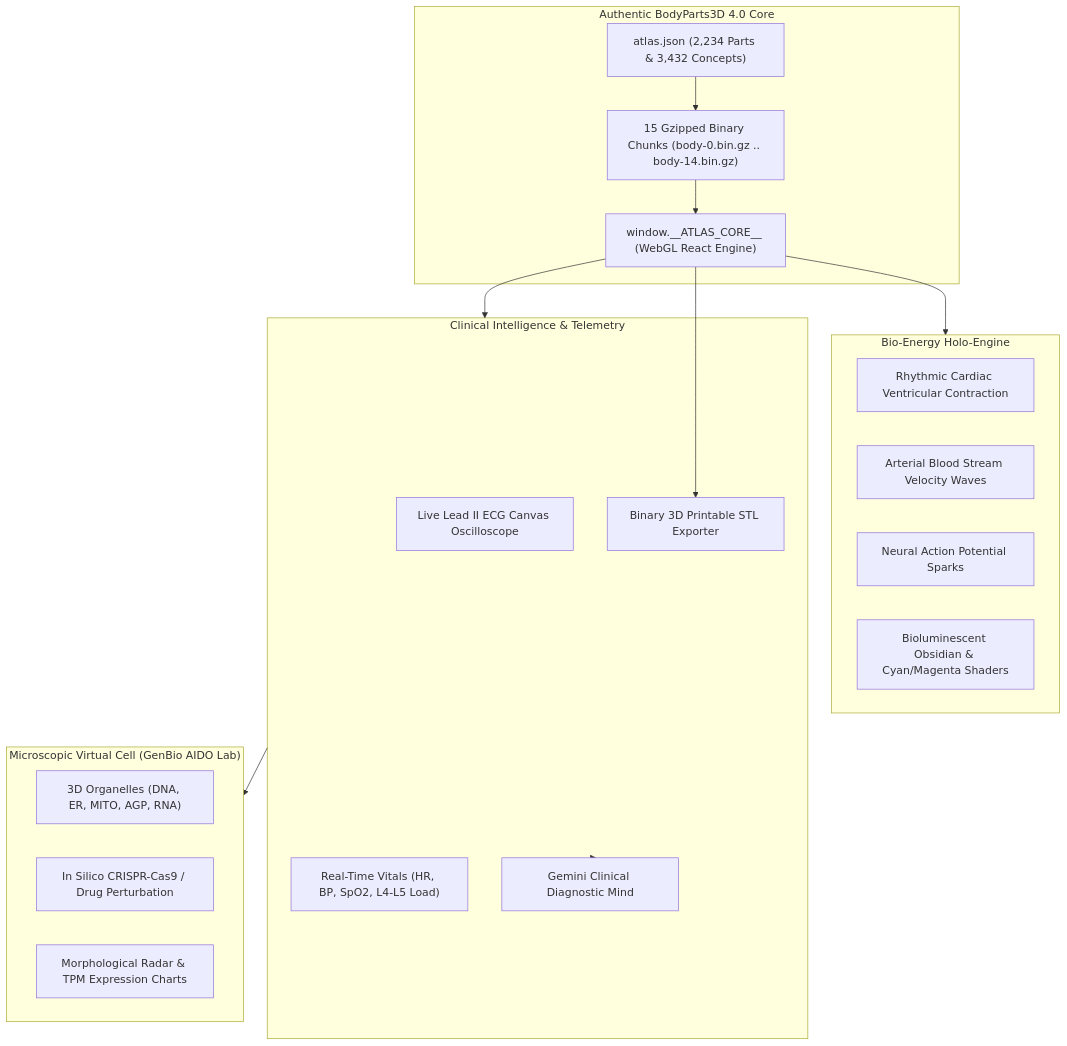
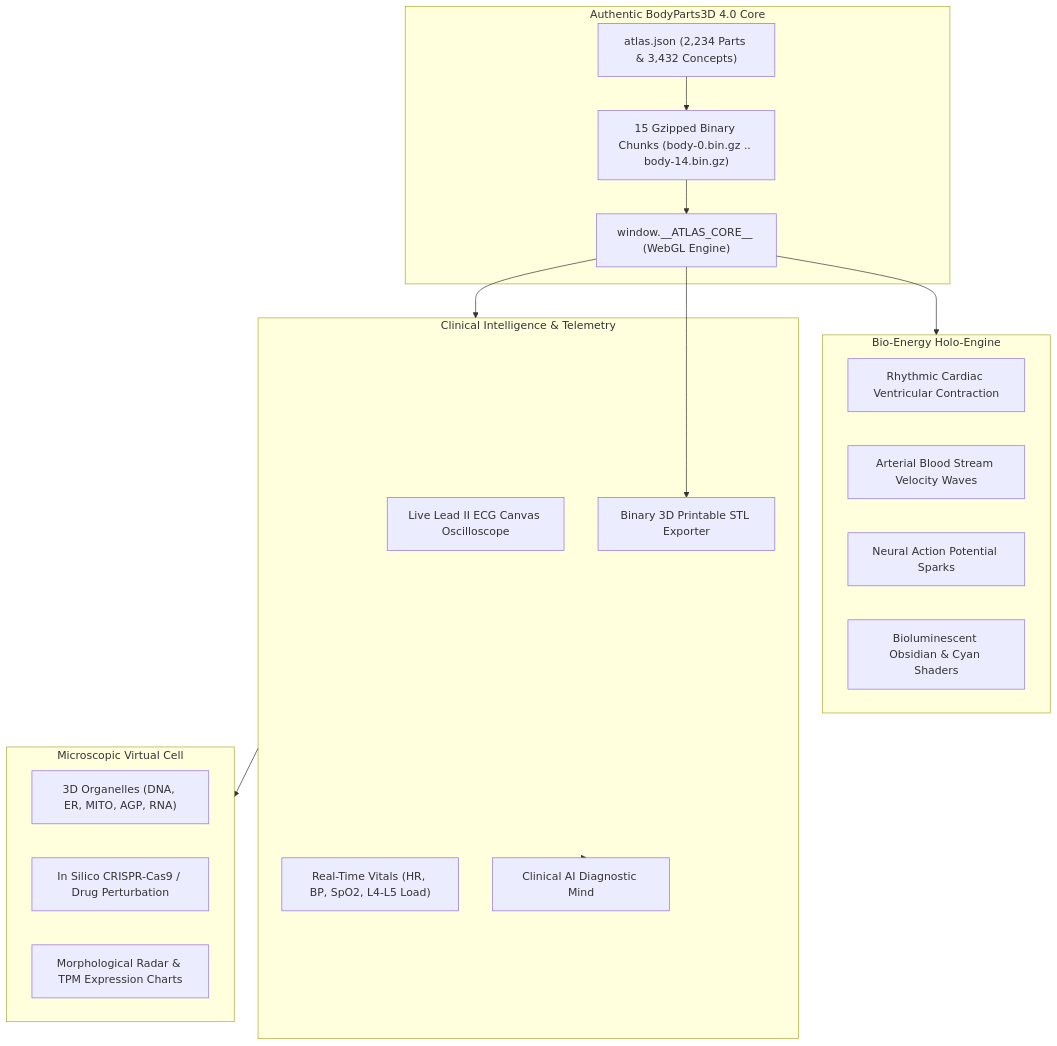
The diagram in README.md (NishidhJasani1605/OmniHuman-3D), drawn with Mermaid before and after one commit. The commit also changed other lines of this file and 17 other files, not shown here.

````diff
--- a/README.md
+++ b/README.md
@@ -25,35 +34,35 @@
 ```mermaid
 flowchart TD
     subgraph Core ["Authentic BodyParts3D 4.0 Core"]
         Atlas["atlas.json (2,234 Parts & 3,432 Concepts)"]
         Chunks["15 Gzipped Binary Chunks (body-0.bin.gz .. body-14.bin.gz)"]
-        AtlasCore["window.__ATLAS_CORE__ (WebGL React Engine)"]
+        AtlasCore["window.__ATLAS_CORE__ (WebGL Engine)"]
     end
 
     subgraph Holo ["Bio-Energy Holo-Engine"]
         HeartPulse["Rhythmic Cardiac Ventricular Contraction"]
         ArteryWave["Arterial Blood Stream Velocity Waves"]
         NerveSparks["Neural Action Potential Sparks"]
-        Shaders["Bioluminescent Obsidian & Cyan/Magenta Shaders"]
+        Shaders["Bioluminescent Obsidian & Cyan Shaders"]
     end
 
     subgraph Clinical ["Clinical Intelligence & Telemetry"]
         ECG["Live Lead II ECG Canvas Oscilloscope"]
         Vitals["Real-Time Vitals (HR, BP, SpO2, L4-L5 Load)"]
-        Gemini["Gemini Clinical Diagnostic Mind"]
+        ClinicalAI["Clinical AI Diagnostic Mind"]
         STL["Binary 3D Printable STL Exporter"]
     end
 
-    subgraph Micro ["Microscopic Virtual Cell (GenBio AIDO Lab)"]
+    subgraph Micro ["Microscopic Virtual Cell"]
         Cell3D["3D Organelles (DNA, ER, MITO, AGP, RNA)"]
         CRISPR["In Silico CRISPR-Cas9 / Drug Perturbation"]
         Omics["Morphological Radar & TPM Expression Charts"]
     end
 
     Atlas --> Chunks --> AtlasCore
     AtlasCore --> Holo
     AtlasCore --> Clinical
-    Clinical --> Gemini
+    Clinical --> ClinicalAI
     AtlasCore --> STL
     Clinical --> Micro
 ```
````
